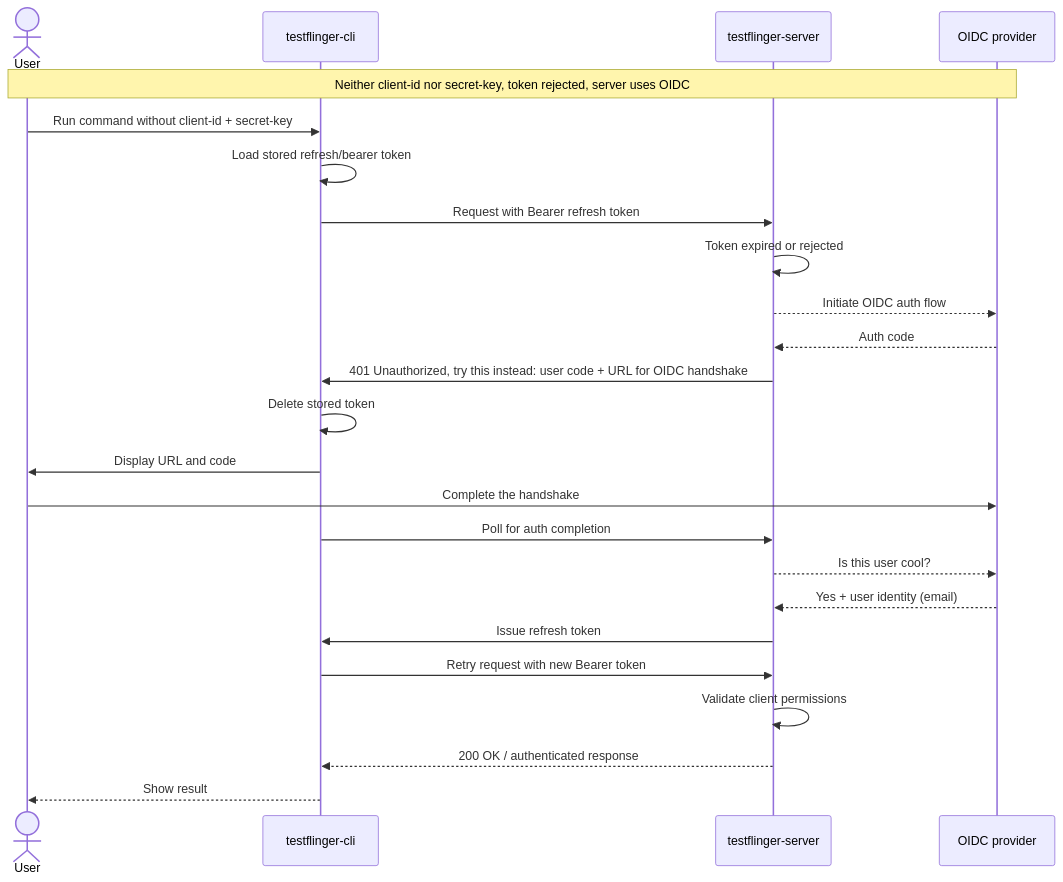
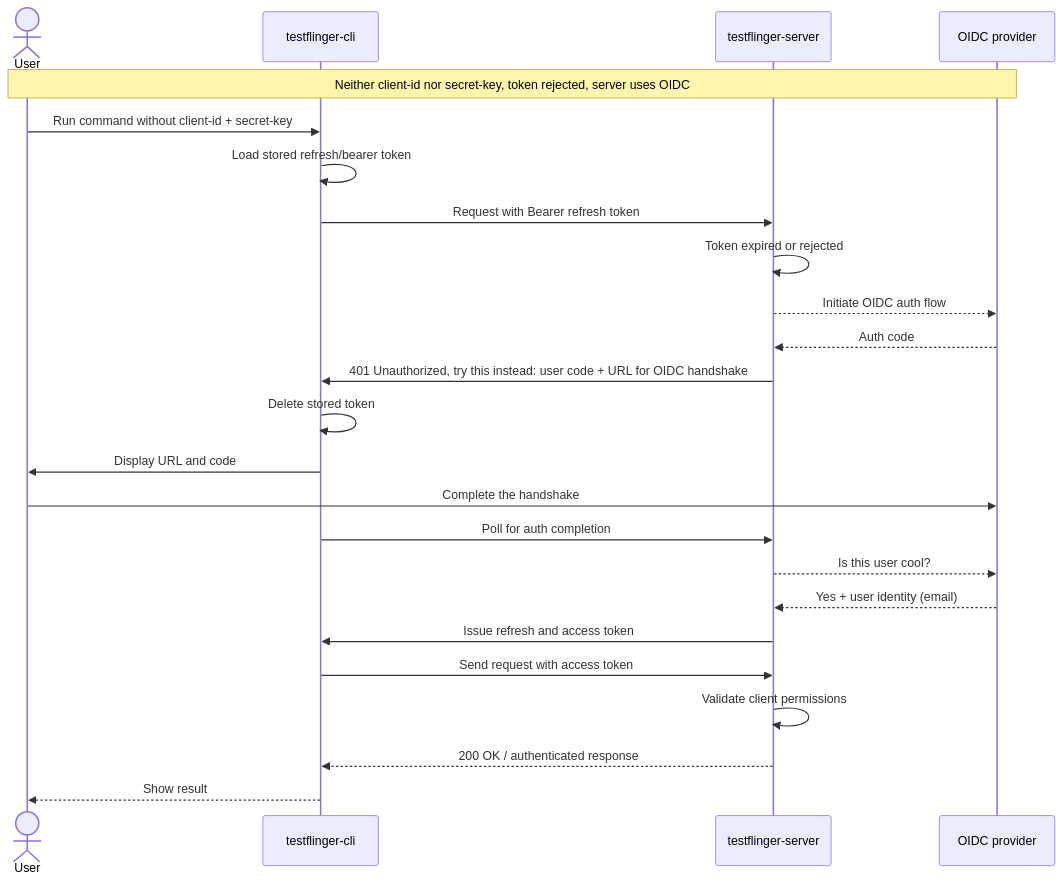
One commit to canonical/testflinger changed the fourth of 7 diagrams in docs/explanation/authentication.rst. Above: the diagram before and after it, drawn with Mermaid. The commit also changed other lines of this file, not shown here.

Commit message:
Apply suggestions from code review

```diff
--- a/docs/explanation/authentication.rst
+++ b/docs/explanation/authentication.rst
@@ -115,30 +115,30 @@
 .. mermaid::
     :alt: Sequence diagram showing a refresh token being rejected and the server initiating OIDC process
     :caption: Sequence diagram showing a refresh token being rejected and the server initiating OIDC process
     :align: center
 
     sequenceDiagram
         actor User
         participant CLI as testflinger-cli
         participant Server as testflinger-server
         participant OIDC as OIDC provider
 
         Note over User,OIDC: Neither client-id nor secret-key, token rejected, server uses OIDC
         User->>CLI: Run command without client-id + secret-key
         CLI->>CLI: Load stored refresh/bearer token
         CLI->>Server: Request with Bearer refresh token
         Server->>Server: Token expired or rejected
         Server-->>OIDC: Initiate OIDC auth flow
         OIDC-->>Server: Auth code
         Server->>CLI: 401 Unauthorized, try this instead: user code + URL for OIDC handshake
         CLI->>CLI: Delete stored token
         CLI->>User: Display URL and code
         User->>OIDC: Complete the handshake
         CLI->>Server: Poll for auth completion
         Server-->>OIDC: Is this user cool?
         OIDC-->>Server: Yes + user identity (email)
-        Server->>CLI: Issue refresh token
-        CLI->>Server: Retry request with new Bearer token
+        Server->>CLI: Issue refresh and access token
+        CLI->>Server: Send request with access token
         Server->>Server: Validate client permissions
         Server-->>CLI: 200 OK / authenticated response
         CLI-->>User: Show result
```
